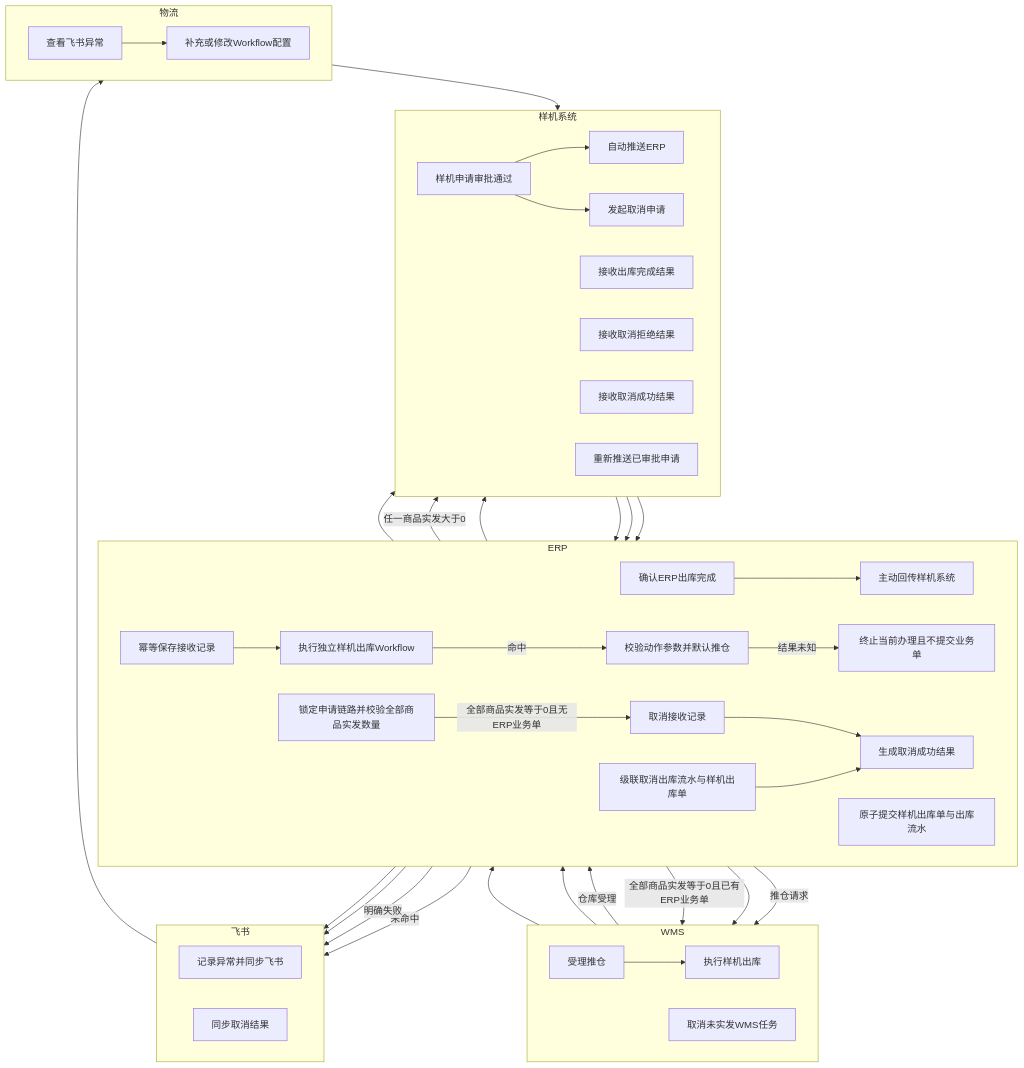
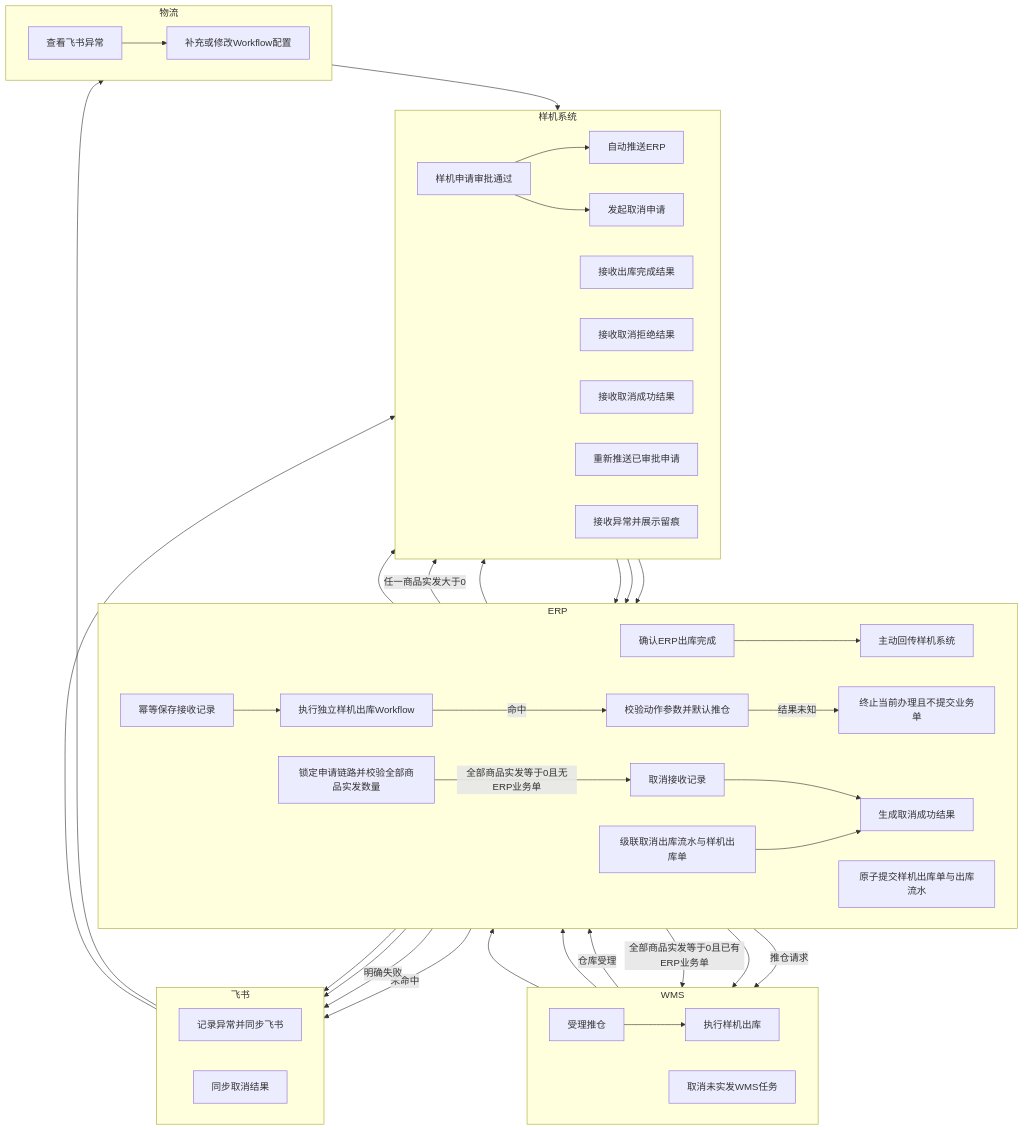
One commit to arlo-hello/erp-ai-docs-arlo changed the diagram in docs/v0.28.7/tasks/0208/product-plan.md. Above: the diagram before and after it, drawn with Mermaid. The commit also changed other lines of this file and 6 other files, not shown here.

````diff
--- a/docs/v0.28.7/tasks/0208/product-plan.md
+++ b/docs/v0.28.7/tasks/0208/product-plan.md
@@ -46,66 +46,68 @@
 ```mermaid
 flowchart TB
   %% 按责任主体划分泳道
   subgraph L1[样机系统]
     direction LR
     A[样机申请审批通过] --> B[自动推送ERP]
     A --> J[发起取消申请]
     I[接收出库完成结果]
     L[接收取消拒绝结果]
     Q[接收取消成功结果]
     T[重新推送已审批申请]
+    Z[接收异常并展示留痕]
   end
 
   subgraph L2[ERP]
     direction LR
     C[幂等保存接收记录] --> D[执行独立样机出库Workflow]
     D -->|命中| E[校验动作参数并默认推仓]
     Y[终止当前办理且不提交业务单]
     F[原子提交样机出库单与出库流水]
     H[确认ERP出库完成] --> R[主动回传样机系统]
     K[锁定申请链路并校验全部商品实发数量]
     M[取消接收记录]
     O[级联取消出库流水与样机出库单]
     P[生成取消成功结果]
   end
 
   subgraph L3[WMS]
     direction LR
     W1[受理推仓] --> G[执行样机出库]
     N[取消未实发WMS任务]
   end
 
   subgraph L4[飞书]
     direction LR
     X[记录异常并同步飞书]
     S[同步取消结果]
   end
 
   subgraph L5[物流]
     direction LR
     U[查看飞书异常] --> V[补充或修改Workflow配置]
   end
 
   B --> C
   D -->|未命中| X
   E -->|明确失败| X
   E -->|结果未知| Y
   X --> U
+  X --> Z
   Y --> X
   V --> T
   T --> C
   E -->|推仓请求| W1
   W1 -->|仓库受理| F
   F --> G
   G --> H
   R --> I
   J --> K
   K -->|任一商品实发大于0| L
   K -->|全部商品实发等于0且无ERP业务单| M
   K -->|全部商品实发等于0且已有ERP业务单| N
   N --> O
   M --> P
   O --> P
   P --> Q
   P --> S
 ```
````
